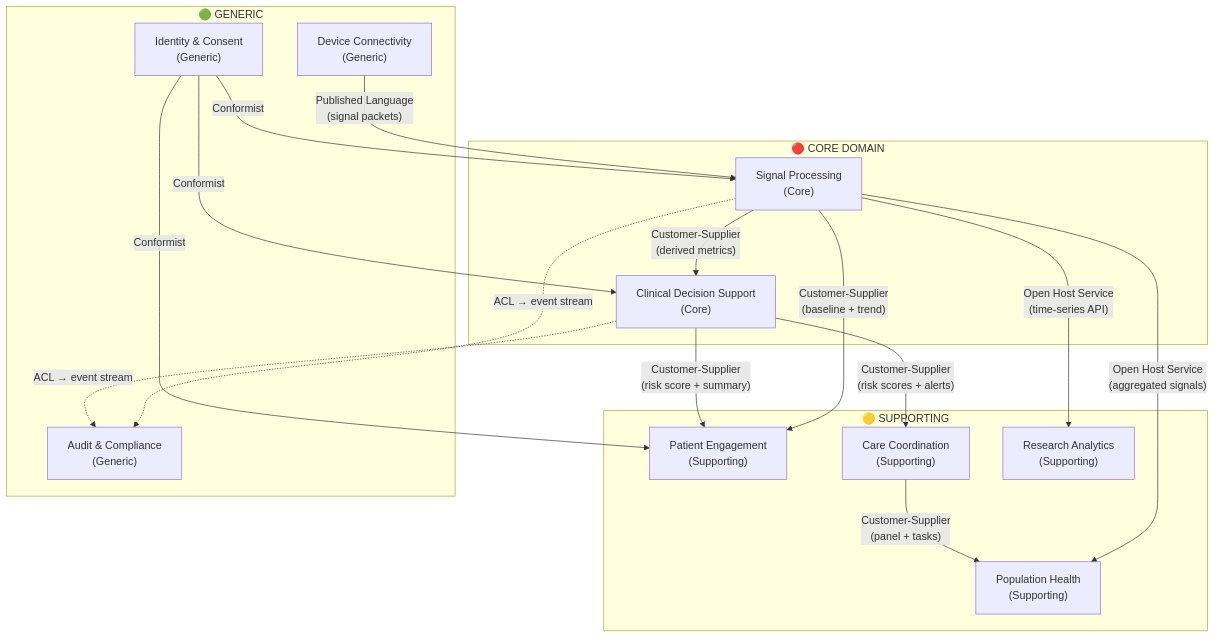
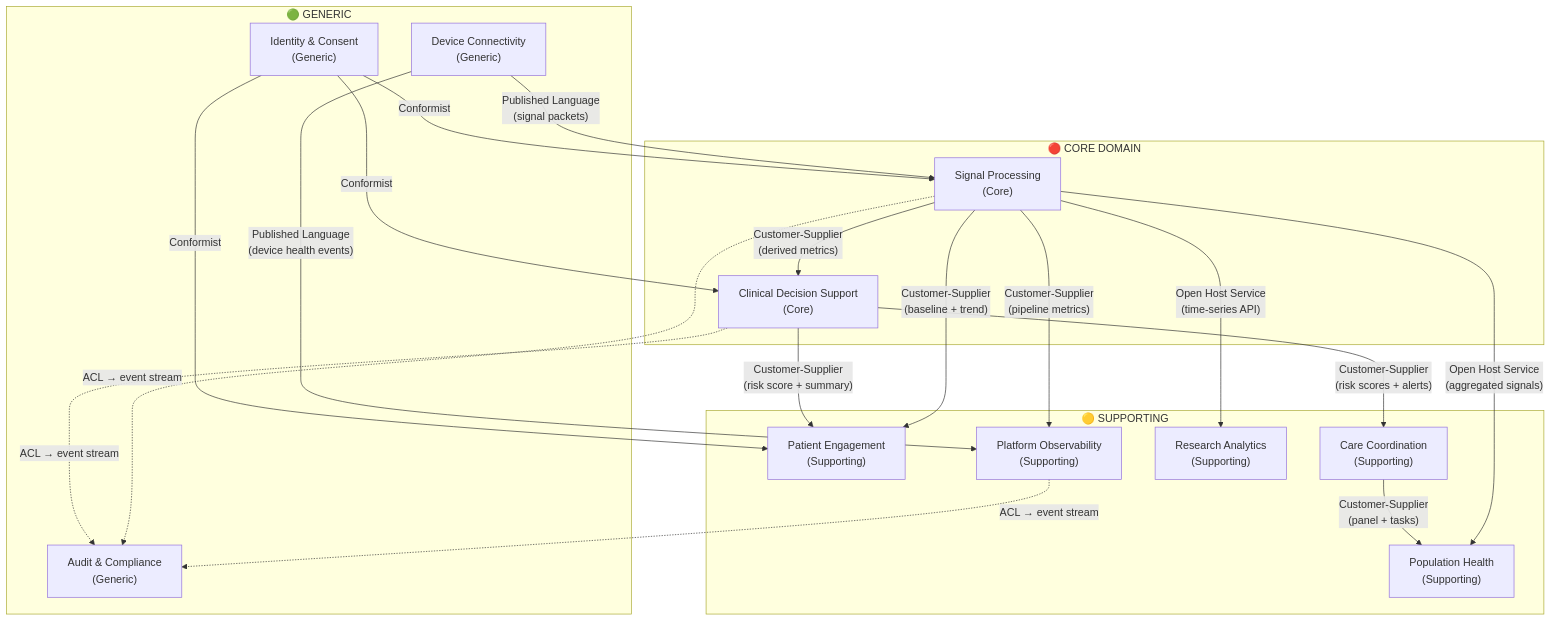
Before and after one commit to lgundlapalli/Accelerators: the first of 3 diagrams in projects/Multi-Signal Device/domain-model/domain-design.md, drawn with Mermaid. The commit also changed other lines of this file and 7 other files, not shown here.

````diff
--- a/projects/Multi-Signal Device/domain-model/domain-design.md
+++ b/projects/Multi-Signal Device/domain-model/domain-design.md
@@ -66,34 +79,38 @@
 ```mermaid
 graph TD
     subgraph Core["🔴 CORE DOMAIN"]
         SP["Signal Processing\n(Core)"]
         CDS["Clinical Decision Support\n(Core)"]
     end
 
     subgraph Supporting["🟡 SUPPORTING"]
         PE["Patient Engagement\n(Supporting)"]
         CC["Care Coordination\n(Supporting)"]
         RA["Research Analytics\n(Supporting)"]
         PH["Population Health\n(Supporting)"]
+        OBS["Platform Observability\n(Supporting)"]
     end
 
     subgraph Generic["🟢 GENERIC"]
         AC["Audit & Compliance\n(Generic)"]
         DC["Device Connectivity\n(Generic)"]
         IAM["Identity & Consent\n(Generic)"]
     end
 
     DC -->|"Published Language\n(signal packets)"| SP
     SP -->|"Customer-Supplier\n(derived metrics)"| CDS
     SP -->|"Customer-Supplier\n(baseline + trend)"| PE
     SP -->|"Open Host Service\n(time-series API)"| RA
     SP -->|"Open Host Service\n(aggregated signals)"| PH
     CDS -->|"Customer-Supplier\n(risk scores + alerts)"| CC
     CDS -->|"Customer-Supplier\n(risk score + summary)"| PE
     CC -->|"Customer-Supplier\n(panel + tasks)"| PH
     IAM -->|"Conformist"| SP
     IAM -->|"Conformist"| CDS
     IAM -->|"Conformist"| PE
     SP -.->|"ACL → event stream"| AC
     CDS -.->|"ACL → event stream"| AC
+    DC -->|"Published Language\n(device health events)"| OBS
+    SP -->|"Customer-Supplier\n(pipeline metrics)"| OBS
+    OBS -.->|"ACL → event stream"| AC
 ```
````
